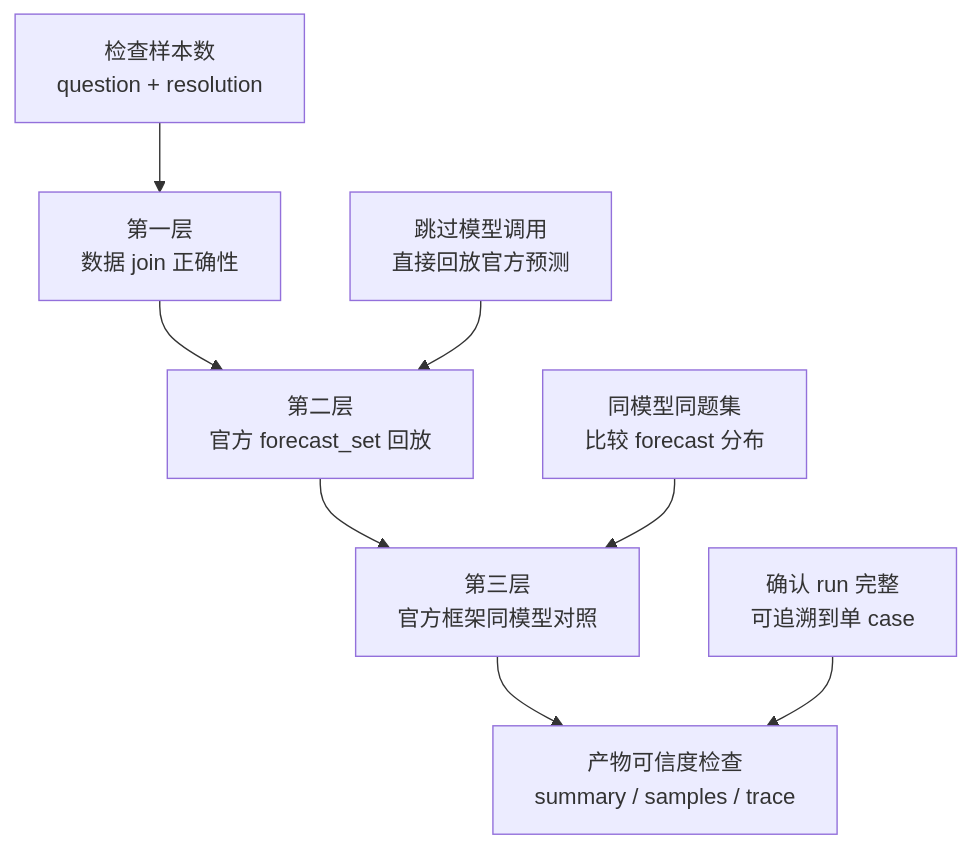
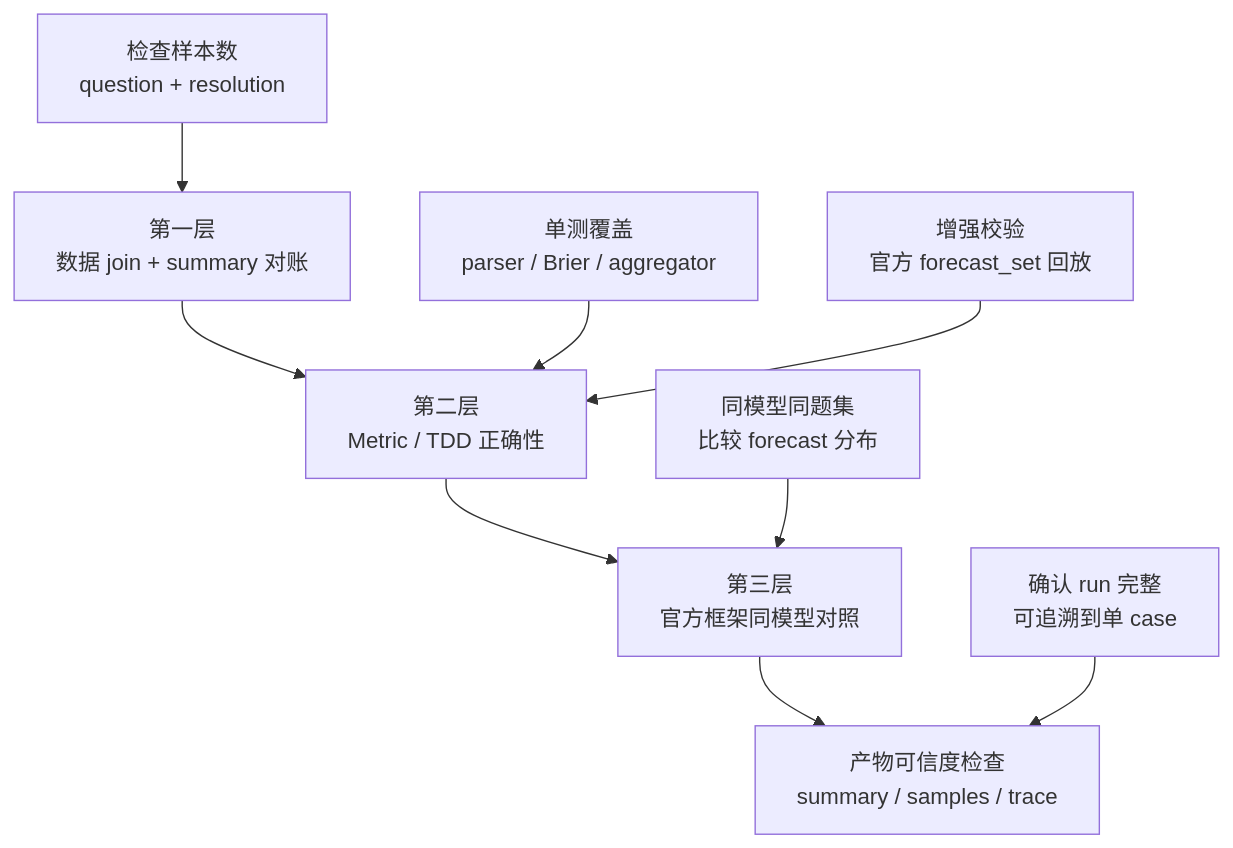
The second of 4 diagrams in docs/guide/forecastbench-trust-validation.md (HiThink-Research/GAGE), drawn with Mermaid before and after one commit. The commit also changed other lines of this file, not shown here.

Commit message:
docs(forecastbench): document summary and metric validation

````diff
--- a/docs/guide/forecastbench-trust-validation.md
+++ b/docs/guide/forecastbench-trust-validation.md
@@ -104,11 +104,12 @@
 ```mermaid
 flowchart TD
-    A["第一层<br/>数据 join 正确性"] --> B["第二层<br/>官方 forecast_set 回放"]
+    A["第一层<br/>数据 join + summary 对账"] --> B["第二层<br/>Metric / TDD 正确性"]
     B --> C["第三层<br/>官方框架同模型对照"]
     C --> D["产物可信度检查<br/>summary / samples / trace"]
 
     A1["检查样本数<br/>question + resolution"] --> A
-    B1["跳过模型调用<br/>直接回放官方预测"] --> B
+    B1["单测覆盖<br/>parser / Brier / aggregator"] --> B
+    B2["增强校验<br/>官方 forecast_set 回放"] --> B
     C1["同模型同题集<br/>比较 forecast 分布"] --> C
     D1["确认 run 完整<br/>可追溯到单 case"] --> D
 ```
````
